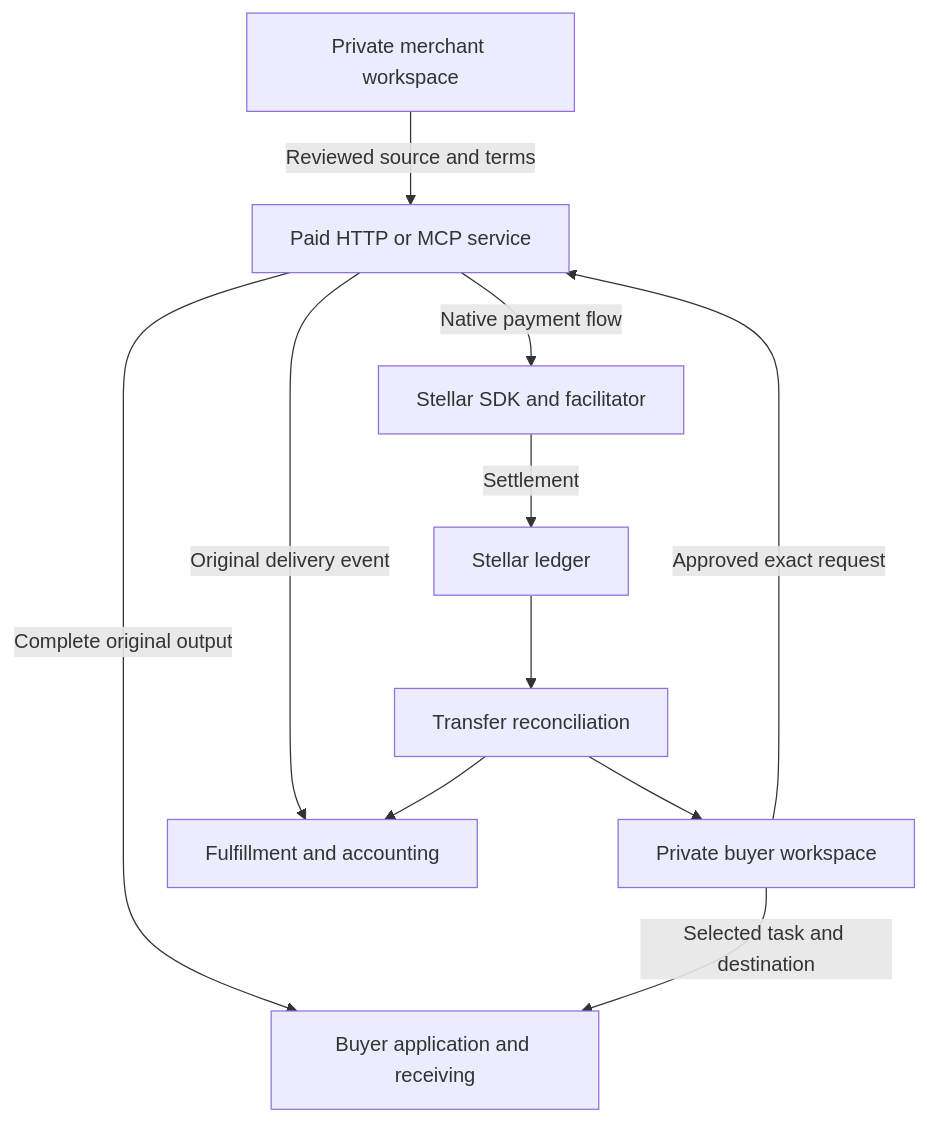
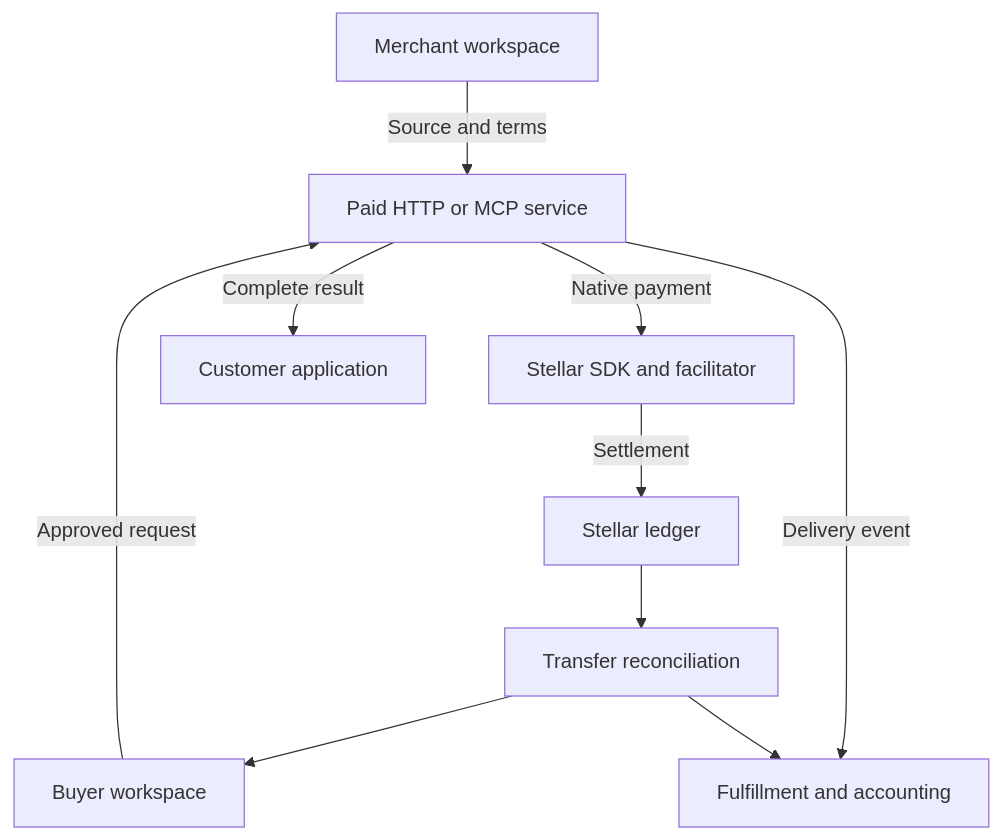
Before and after one commit to woahwhattheheck/tjlabs-stellar-merchant-workspace: the diagram in products/merchant-workspace/DEVELOPMENT.md, drawn with Mermaid. The commit also changed other lines of this file and 3 other files, not shown here.

First line of the commit message:
Complete merchant customer commissioning and SCF delivery handover [skip ci]

```diff
--- a/products/merchant-workspace/DEVELOPMENT.md
+++ b/products/merchant-workspace/DEVELOPMENT.md
@@ -43,13 +246,12 @@
 ~~~mermaid
 flowchart TB
-    MW["Private merchant workspace"] -->|"Reviewed source and terms"| S["Paid HTTP or MCP service"]
-    BW["Private buyer workspace"] -->|"Approved exact request"| S
-    S -->|"Native payment flow"| P["Stellar SDK and facilitator"]
+    MW["Merchant workspace"] -->|"Source and terms"| S["Paid HTTP or MCP service"]
+    BW["Buyer workspace"] -->|"Approved request"| S
+    S -->|"Native payment"| P["Stellar SDK and facilitator"]
     P -->|"Settlement"| L["Stellar ledger"]
-    S -->|"Complete original output"| C["Buyer application and receiving"]
-    BW -->|"Selected task and destination"| C
-    S -->|"Original delivery event"| F["Fulfillment and accounting"]
+    S -->|"Complete result"| C["Customer application"]
+    S -->|"Delivery event"| F["Fulfillment and accounting"]
     L --> R["Transfer reconciliation"]
     R --> BW
     R --> F
 ~~~
```
